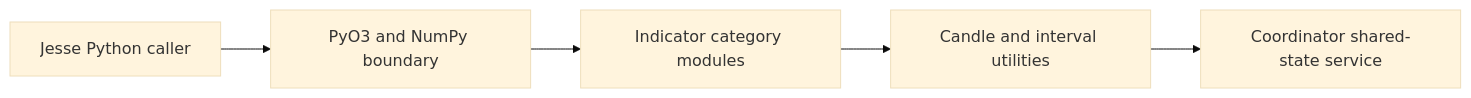
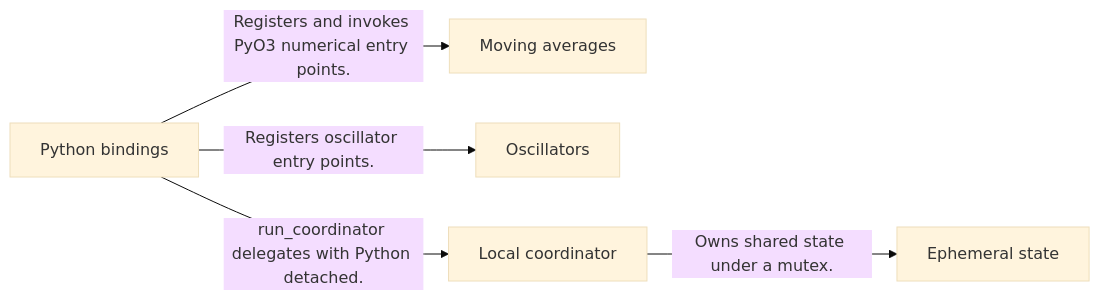
One commit to alexcwyu/jesse-rust changed the first of 4 diagrams in docs/ayu-develop.md. Above: the diagram before and after it, drawn with Mermaid (base theme). The commit also changed other lines of this file and 13 other files, not shown here.

Commit message:
docs: standardize source-reviewed system guides and offline diagrams

````diff
--- a/docs/ayu-develop.md
+++ b/docs/ayu-develop.md
@@ -19,9 +67,12 @@
 ```mermaid
 flowchart LR
-    C0["Jesse Python caller"]
-    C1["PyO3 and NumPy boundary"]
-    C2["Indicator category modules"]
-    C3["Candle and interval utilities"]
-    C4["Coordinator shared-state service"]
-    C0 --> C1 --> C2 --> C3 --> C4
+  N0["Python bindings"]
+  N1["Moving averages"]
+  N2["Oscillators"]
+  N3["Local coordinator"]
+  N4["Ephemeral state"]
+  N0 -->|"Registers and invokes PyO3 numerical entry points."| N1
+  N0 -->|"Registers oscillator entry points."| N2
+  N0 -->|"run_coordinator delegates with Python detached."| N3
+  N3 -->|"Owns shared state under a mutex."| N4
 ```
````
